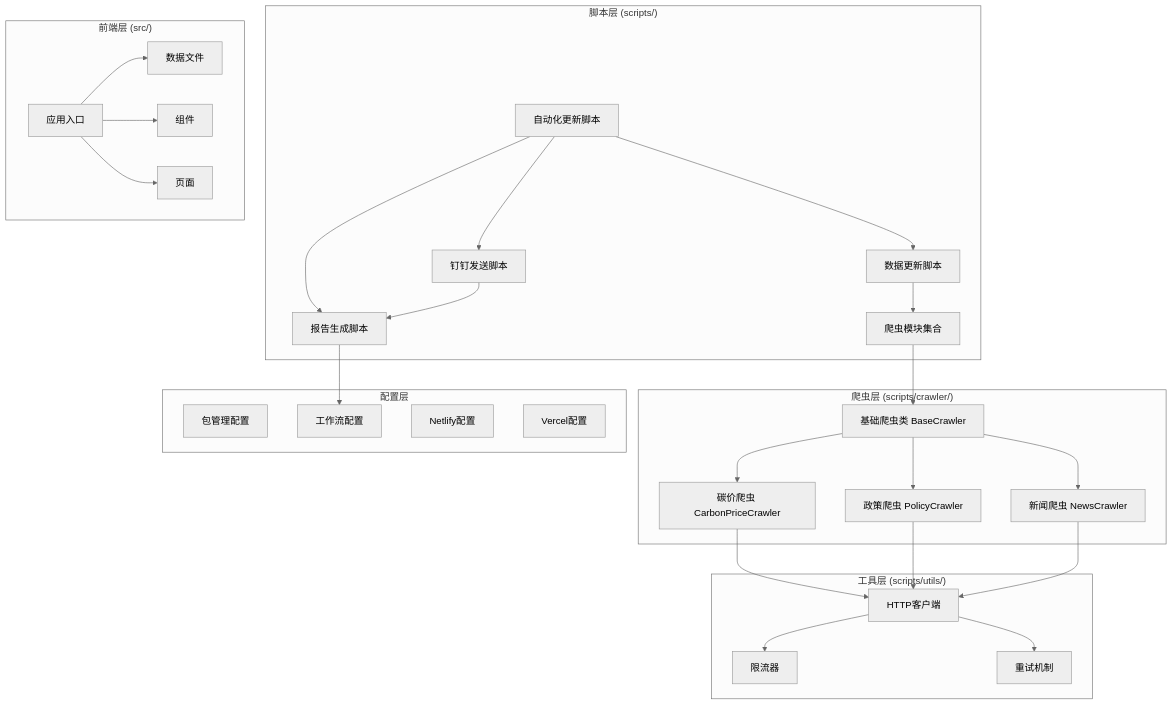
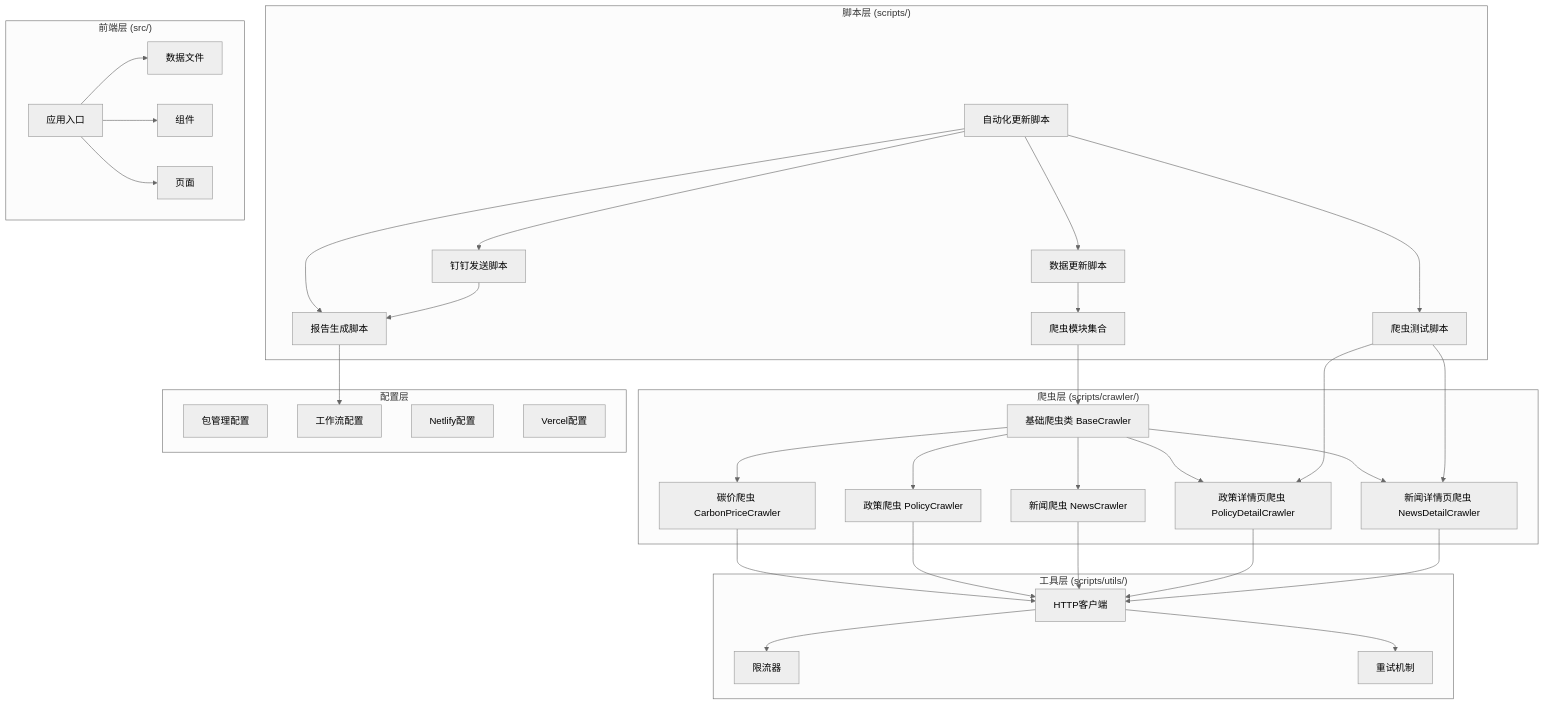
One commit to liangxuanliang-cmd/carbon-info-agent changed the first of 16 diagrams in .qoder/repowiki/zh/content/部署与维护/自动化每日报告系统.md. Above: the diagram before and after it, drawn with Mermaid (neutral theme). The commit also changed other lines of this file and 5 other files, not shown here.

````diff
--- a/.qoder/repowiki/zh/content/部署与维护/自动化每日报告系统.md
+++ b/.qoder/repowiki/zh/content/部署与维护/自动化每日报告系统.md
@@ -67,51 +71,61 @@
 ```mermaid
 graph TB
 subgraph "脚本层 (scripts/)"
 A[自动化更新脚本]
 B[数据更新脚本]
 C[钉钉发送脚本]
 D[爬虫模块集合]
 E[报告生成脚本]
+F[爬虫测试脚本]
 end
 subgraph "爬虫层 (scripts/crawler/)"
-F[基础爬虫类 BaseCrawler]
-G[碳价爬虫 CarbonPriceCrawler]
-H[政策爬虫 PolicyCrawler]
-I[新闻爬虫 NewsCrawler]
+G[基础爬虫类 BaseCrawler]
+H[碳价爬虫 CarbonPriceCrawler]
+I[政策爬虫 PolicyCrawler]
+J[新闻爬虫 NewsCrawler]
+K[政策详情页爬虫 PolicyDetailCrawler]
+L[新闻详情页爬虫 NewsDetailCrawler]
 end
 subgraph "工具层 (scripts/utils/)"
-J[HTTP客户端]
-K[限流器]
-L[重试机制]
+M[HTTP客户端]
+N[限流器]
+O[重试机制]
 end
 subgraph "前端层 (src/)"
-M[应用入口]
-N[数据文件]
-O[组件]
-P[页面]
+P[应用入口]
+Q[数据文件]
+R[组件]
+S[页面]
 end
 subgraph "配置层"
-Q[包管理配置]
-R[工作流配置]
-S[Netlify配置]
-T[Vercel配置]
+T[包管理配置]
+U[工作流配置]
+V[Netlify配置]
+W[Vercel配置]
 end
 A --> B
 A --> C
 A --> E
+A --> F
 B --> D
-D --> F
-F --> G
-F --> H
-F --> I
+D --> G
+G --> H
+G --> I
 G --> J
-H --> J
-I --> J
-J --> K
-J --> L
-C --> E
-E --> R
+G --> K
+G --> L
+H --> M
+I --> M
+J --> M
+K --> M
+L --> M
 M --> N
 M --> O
-M --> P
+C --> E
+E --> U
+F --> K
+F --> L
+P --> Q
+P --> R
+P --> S
 ```
````
